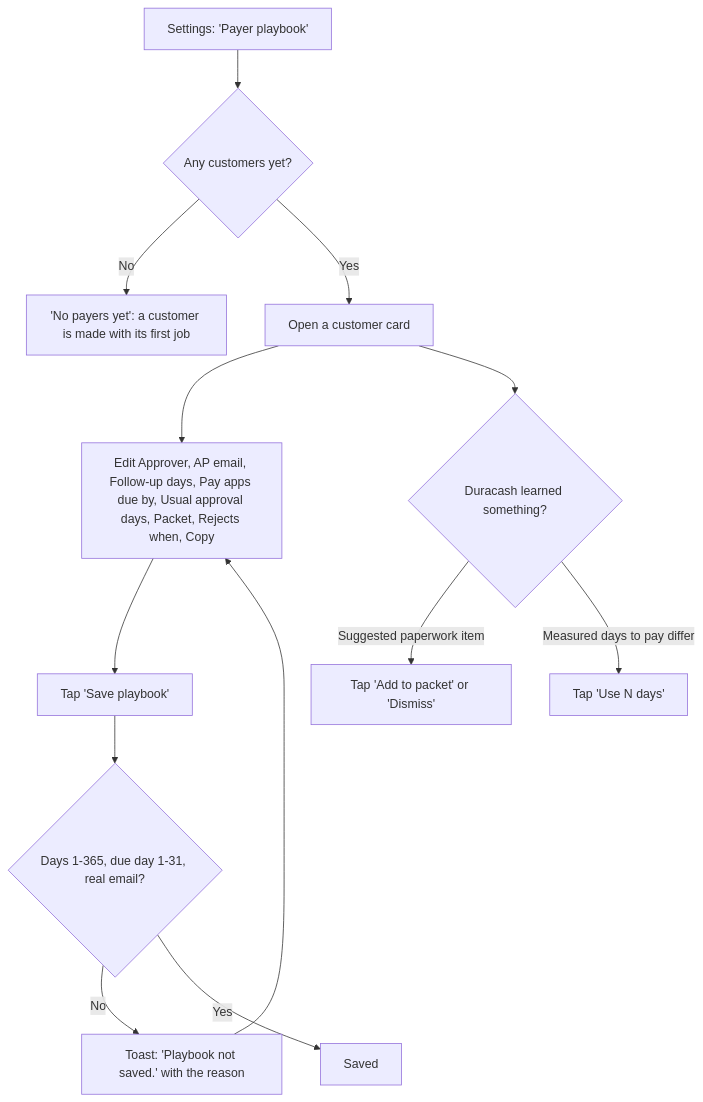
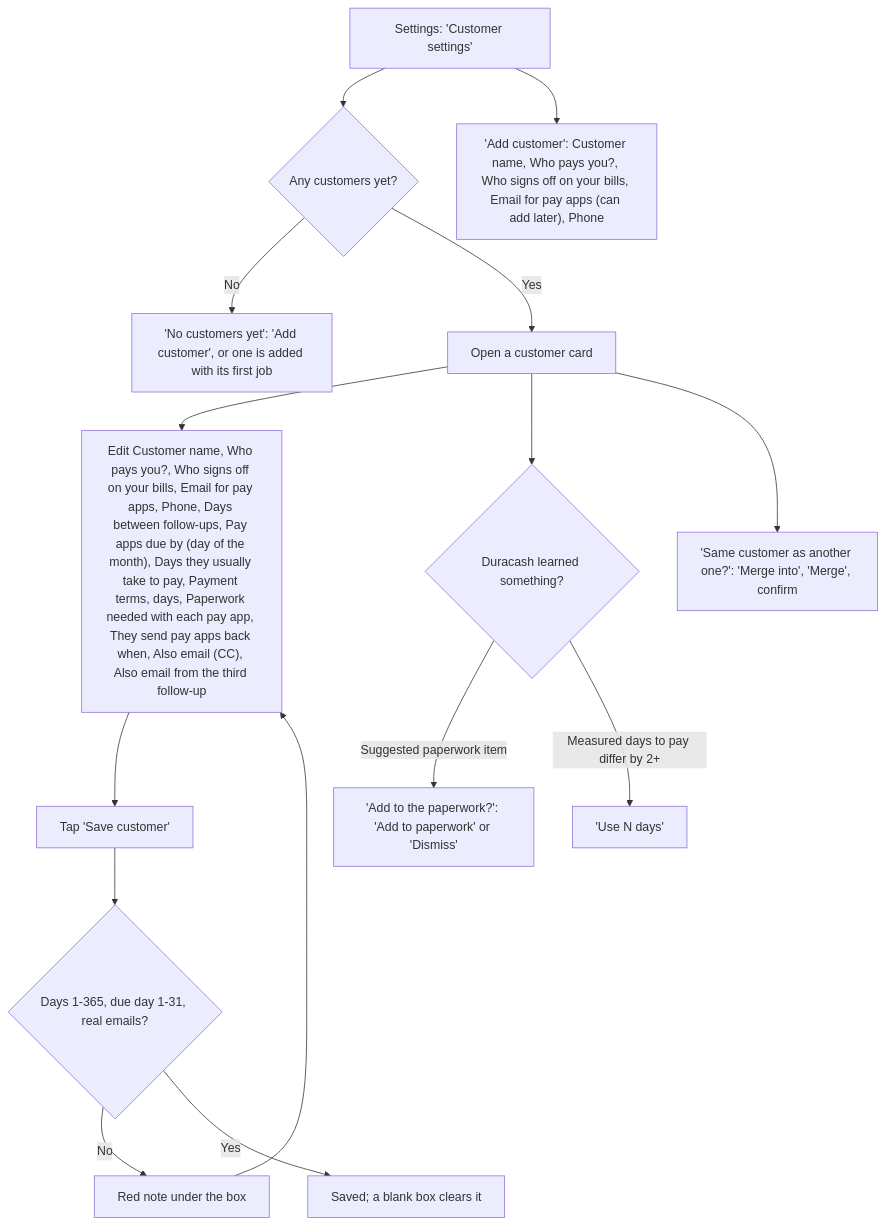
One commit to cartwrightstephen/billdable changed diagram 15 of 15 in docs/client-flows.md. Above: the diagram before and after it, drawn with Mermaid. The commit also changed other lines of this file and 15 other files, not shown here.

First line of the commit message:
Round 6: R6-11 wireframes and flows caught up with the app

````diff
--- a/docs/client-flows.md
+++ b/docs/client-flows.md
@@ -541,15 +528,17 @@
 ```mermaid
 flowchart TD
-    A["Settings: 'Payer playbook'"] --> B{"Any customers yet?"}
-    B -->|"No"| C["'No payers yet': a customer is made with its first job"]
+    A["Settings: 'Customer settings'"] --> B{"Any customers yet?"}
+    B -->|"No"| C["'No customers yet': 'Add customer', or one is added with its first job"]
     B -->|"Yes"| D["Open a customer card"]
-    D --> E["Edit Approver, AP email, Follow-up days, Pay apps due by, Usual approval days, Packet, Rejects when, Copy"]
-    E --> F["Tap 'Save playbook'"]
-    F --> G{"Days 1-365, due day 1-31, real email?"}
-    G -->|"No"| H["Toast: 'Playbook not saved.' with the reason"]
+    A --> AC["'Add customer': Customer name, Who pays you?, Who signs off on your bills, Email for pay apps (can add later), Phone"]
+    D --> E["Edit Customer name, Who pays you?, Who signs off on your bills, Email for pay apps, Phone, Days between follow-ups, Pay apps due by (day of the month), Days they usually take to pay, Payment terms, days, Paperwork needed with each pay app, They send pay apps back when, Also email (CC), Also email from the third follow-up"]
+    E --> F["Tap 'Save customer'"]
+    F --> G{"Days 1-365, due day 1-31, real emails?"}
+    G -->|"No"| H["Red note under the box"]
     H --> E
-    G -->|"Yes"| I["Saved"]
+    G -->|"Yes"| I["Saved; a blank box clears it"]
     D --> J{"Duracash learned something?"}
-    J -->|"Suggested paperwork item"| K["Tap 'Add to packet' or 'Dismiss'"]
-    J -->|"Measured days to pay differ"| L["Tap 'Use N days'"]
+    J -->|"Suggested paperwork item"| K["'Add to the paperwork?': 'Add to paperwork' or 'Dismiss'"]
+    J -->|"Measured days to pay differ by 2+"| L["'Use N days'"]
+    D --> MG["'Same customer as another one?': 'Merge into', 'Merge', confirm"]
 ```
````
